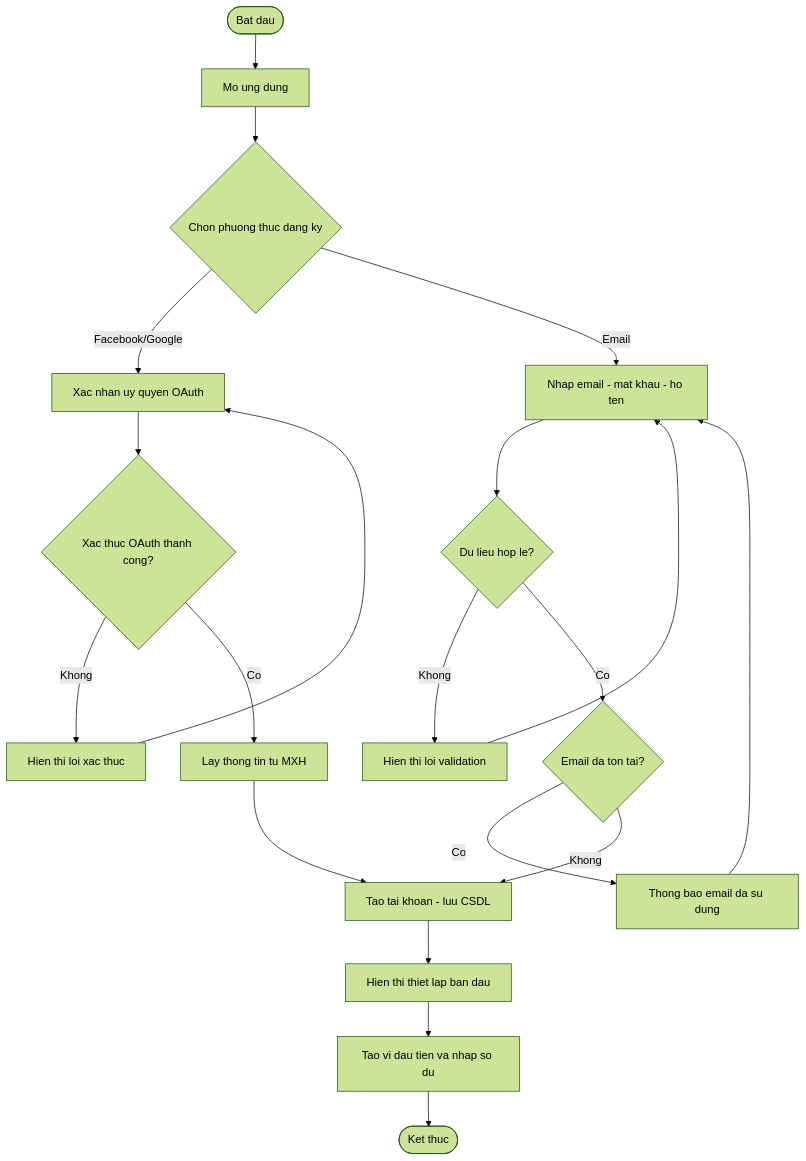
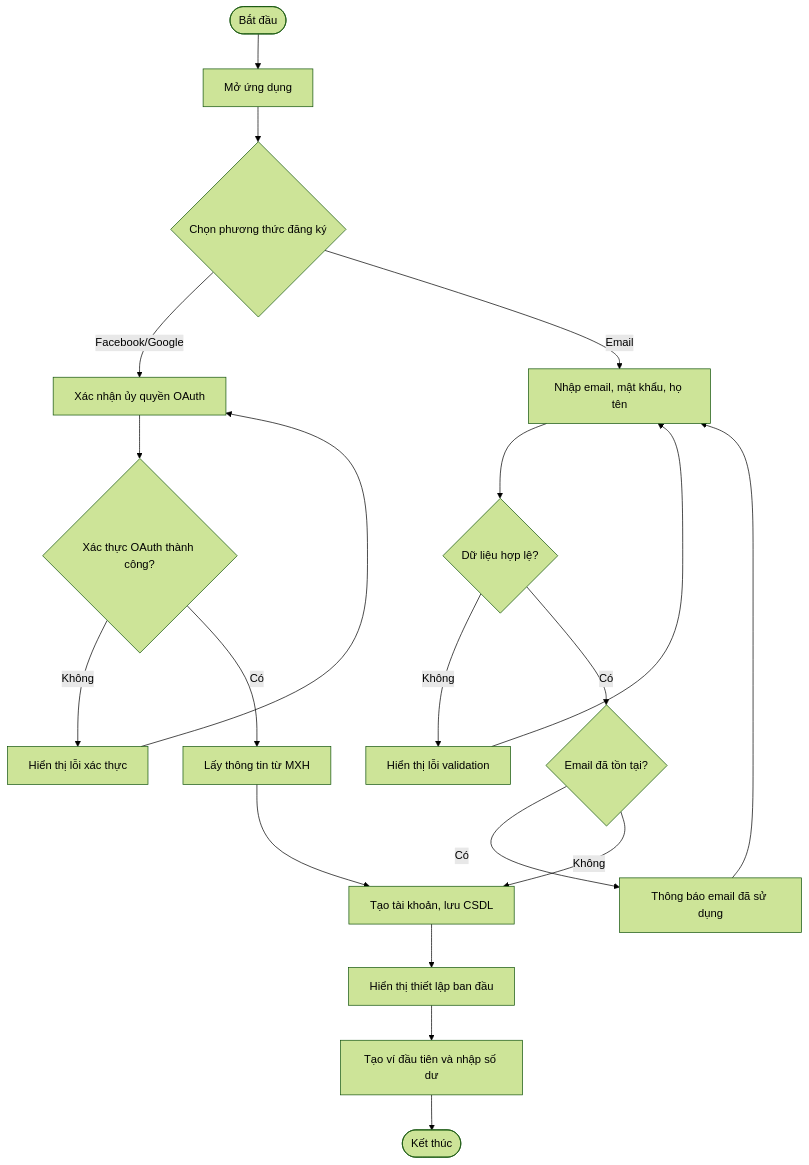
The first of 10 diagrams in Nghiên cứu MISA MoneyKeeper.md (Hieu-vn/Graduation-Thesis), drawn with Mermaid (forest theme) before and after one commit. The commit also changed other lines of this file, not shown here.

````diff
--- a/Nghiên cứu MISA MoneyKeeper.md
+++ b/Nghiên cứu MISA MoneyKeeper.md
@@ -39,19 +39,19 @@
 ```mermaid
 flowchart TD
-    A([Bat dau]) --> B[Mo ung dung]
-    B --> C{Chon phuong thuc dang ky}
-    C -->|Facebook/Google| D[Xac nhan uy quyen OAuth]
-    C -->|Email| E[Nhap email - mat khau - ho ten]
-    D --> F{Xac thuc OAuth thanh cong?}
-    F -->|Khong| F2[Hien thi loi xac thuc] --> D
-    F -->|Co| G[Lay thong tin tu MXH]
-    E --> H{Du lieu hop le?}
-    H -->|Khong| H2[Hien thi loi validation] --> E
-    H -->|Co| H3{Email da ton tai?}
-    H3 -->|Co| H4[Thong bao email da su dung] --> E
-    H3 -->|Khong| I[Tao tai khoan - luu CSDL]
+    A([Bắt đầu]) --> B[Mở ứng dụng]
+    B --> C{Chọn phương thức đăng ký}
+    C -->|Facebook/Google| D[Xác nhận ủy quyền OAuth]
+    C -->|Email| E[Nhập email, mật khẩu, họ tên]
+    D --> F{Xác thực OAuth thành công?}
+    F -->|Không| F2[Hiển thị lỗi xác thực] --> D
+    F -->|Có| G[Lấy thông tin từ MXH]
+    E --> H{Dữ liệu hợp lệ?}
+    H -->|Không| H2[Hiển thị lỗi validation] --> E
+    H -->|Có| H3{Email đã tồn tại?}
+    H3 -->|Có| H4[Thông báo email đã sử dụng] --> E
+    H3 -->|Không| I[Tạo tài khoản, lưu CSDL]
     G --> I
-    I --> J[Hien thi thiet lap ban dau]
-    J --> K[Tao vi dau tien va nhap so du]
-    K --> L([Ket thuc])
+    I --> J[Hiển thị thiết lập ban đầu]
+    J --> K[Tạo ví đầu tiên và nhập số dư]
+    K --> L([Kết thúc])
 ```
````
